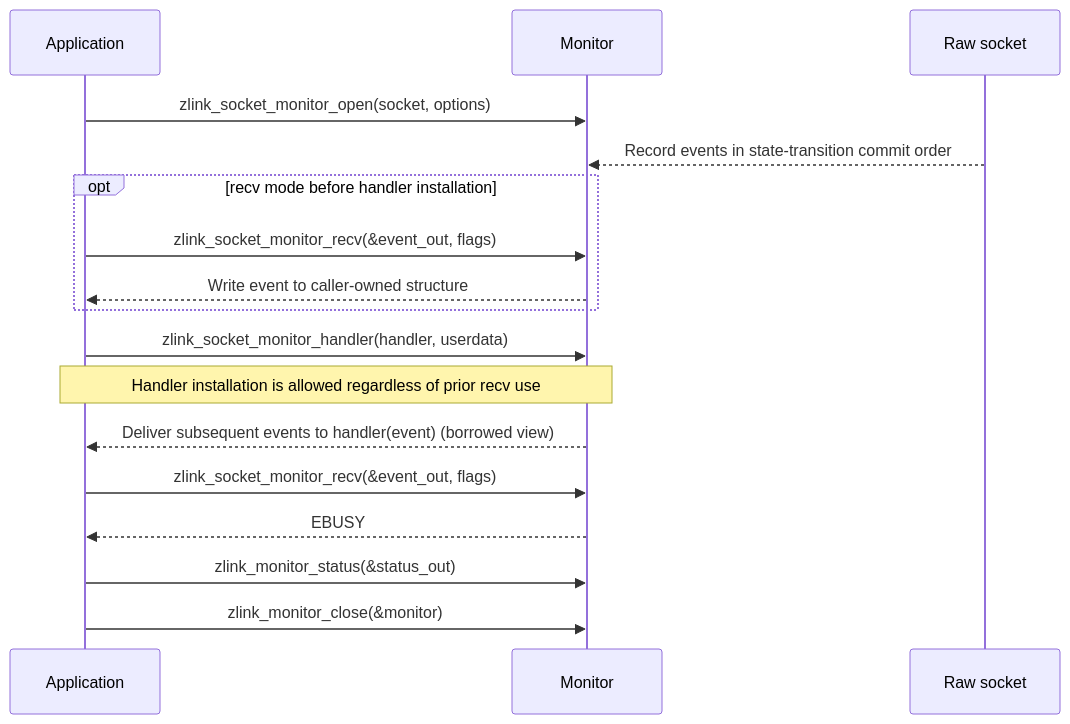
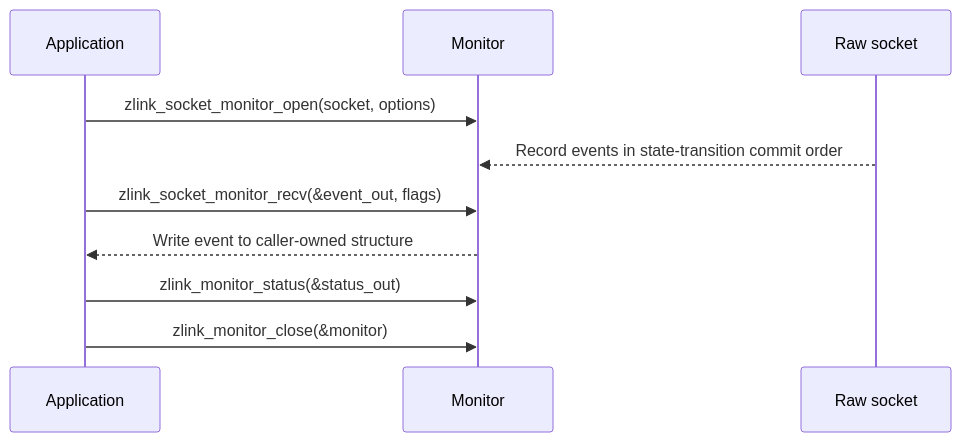
One commit to zlink-systems/zlink changed the diagram in core/doc/spec/core/06-monitoring.en.md. Above: the diagram before and after it, drawn with Mermaid. The commit also changed other lines of this file and 49 other files, not shown here.

````diff
--- a/core/doc/spec/core/06-monitoring.en.md
+++ b/core/doc/spec/core/06-monitoring.en.md
@@ -65,19 +57,12 @@
 ```mermaid
 sequenceDiagram
     participant App as Application
     participant Mon as Monitor
     participant S as Raw socket
     App->>Mon: zlink_socket_monitor_open(socket, options)
     S-->>Mon: Record events in state-transition commit order
-    opt recv mode before handler installation
-        App->>Mon: zlink_socket_monitor_recv(&event_out, flags)
-        Mon-->>App: Write event to caller-owned structure
-    end
-    App->>Mon: zlink_socket_monitor_handler(handler, userdata)
-    Note over App,Mon: Handler installation is allowed regardless of prior recv use
-    Mon-->>App: Deliver subsequent events to handler(event) (borrowed view)
     App->>Mon: zlink_socket_monitor_recv(&event_out, flags)
-    Mon-->>App: EBUSY
+    Mon-->>App: Write event to caller-owned structure
     App->>Mon: zlink_monitor_status(&status_out)
     App->>Mon: zlink_monitor_close(&monitor)
 ```
````
